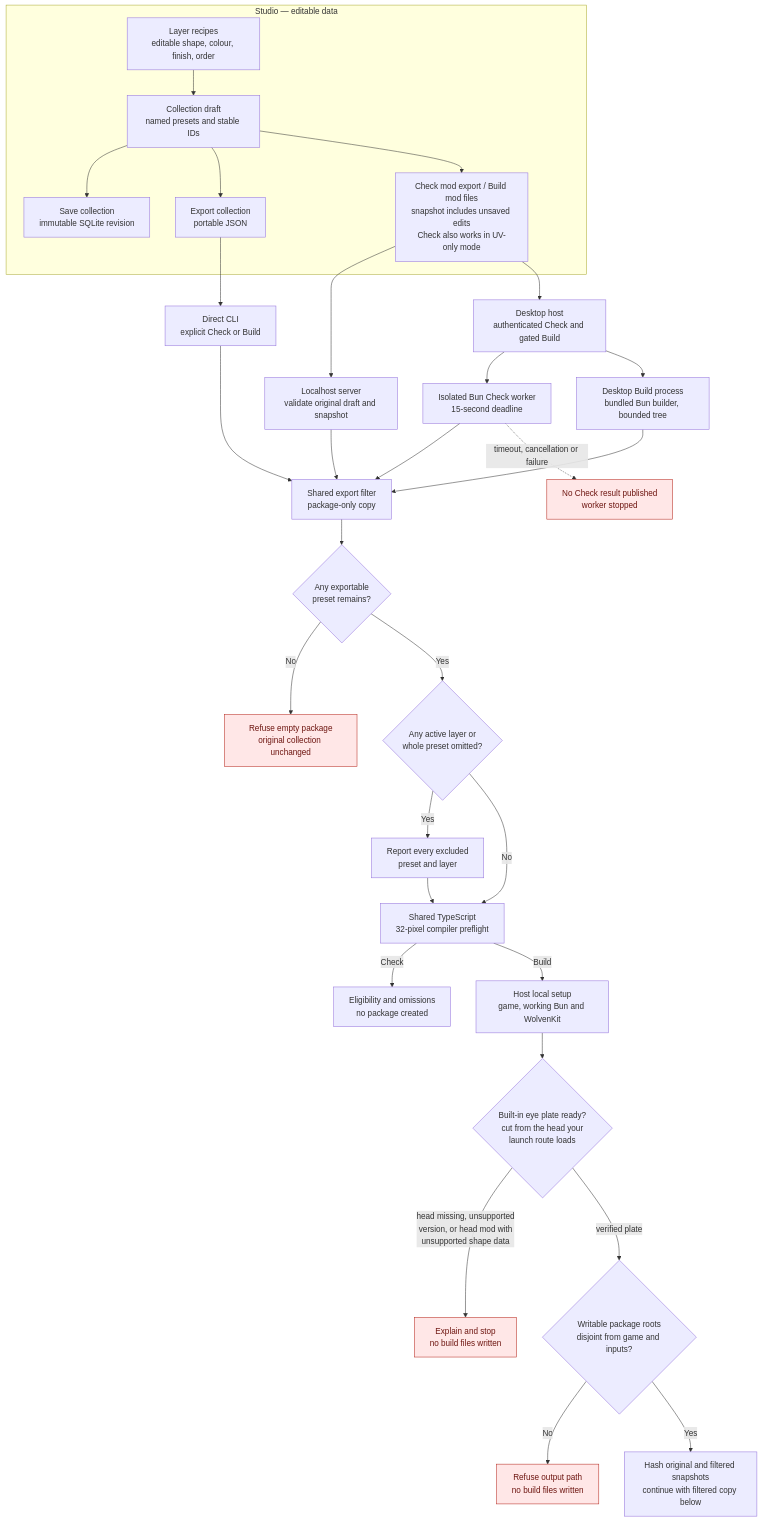
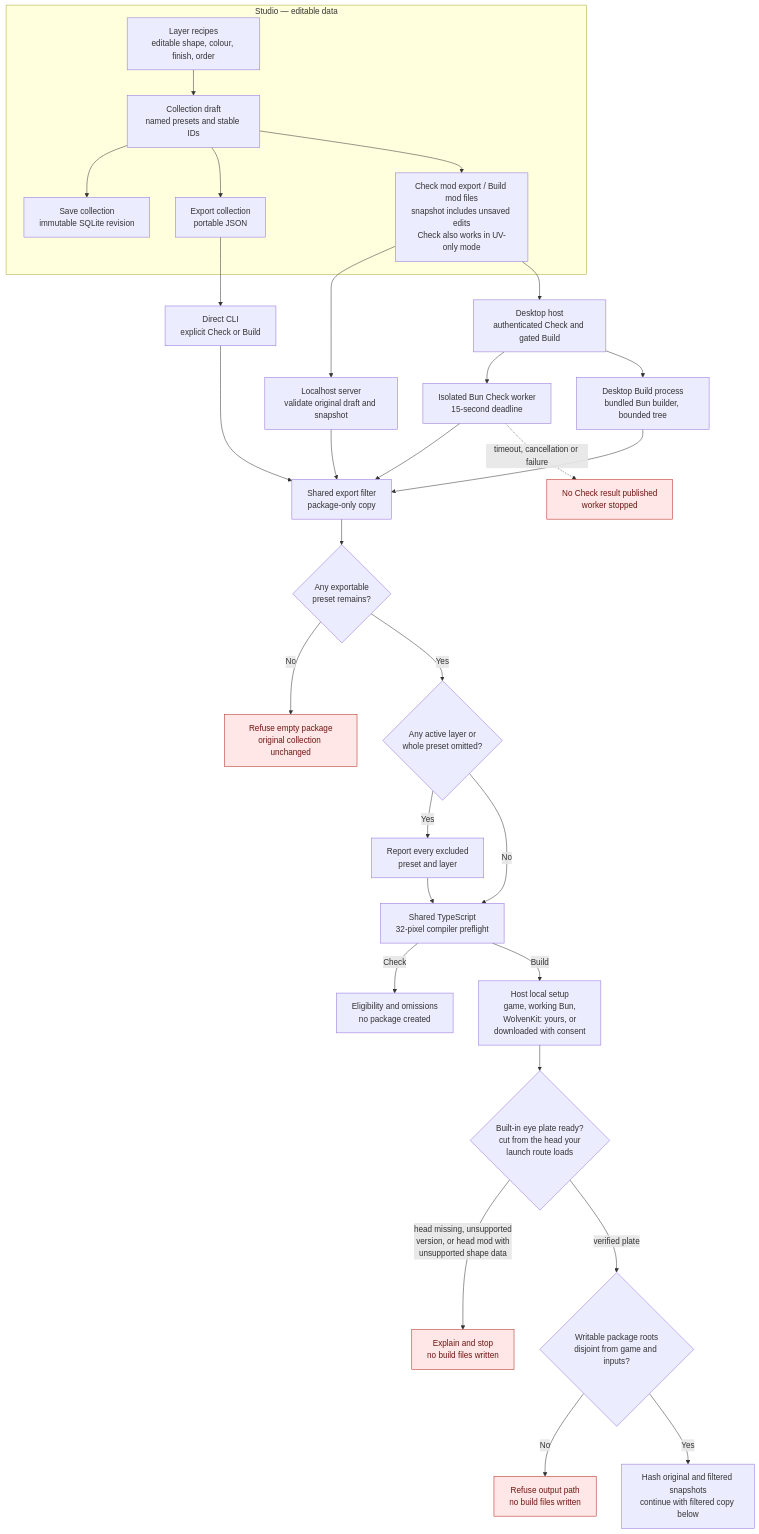
One commit to axefrog/xf-studio changed the first of 3 diagrams in research/authoring/studio-to-mod-pipeline.md. Above: the diagram before and after it, drawn with Mermaid. The commit also changed other lines of this file and 23 other files, not shown here.

First line of the commit message:
Verify WolvenKit on first use end to end; document it

````diff
--- a/research/authoring/studio-to-mod-pipeline.md
+++ b/research/authoring/studio-to-mod-pipeline.md
@@ -11,36 +11,36 @@
 ```mermaid
 flowchart TB
   subgraph editor["Studio — editable data"]
     recipe["Layer recipes<br/>editable shape, colour, finish, order"] --> draft["Collection draft<br/>named presets and stable IDs"]
     draft --> sqlite["Save collection<br/>immutable SQLite revision"]
     draft --> export["Export collection<br/>portable JSON"]
     draft --> ui["Check mod export / Build mod files<br/>snapshot includes unsaved edits<br/>Check also works in UV-only mode"]
   end
 
   ui --> server["Localhost server<br/>validate original draft and snapshot"]
   ui --> desktop["Desktop host<br/>authenticated Check and gated Build"]
   server --> filter["Shared export filter<br/>package-only copy"]
   desktop --> worker["Isolated Bun Check worker<br/>15-second deadline"]
   desktop --> buildWrapper["Desktop Build process<br/>bundled Bun builder, bounded tree"]
   worker --> filter
   buildWrapper --> filter
   worker -. "timeout, cancellation or failure" .-> noresult["No Check result published<br/>worker stopped"]
   export --> cli["Direct CLI<br/>explicit Check or Build"]
   cli --> filter
   filter --> decision{"Any exportable<br/>preset remains?"}
   decision -- No --> reject["Refuse empty package<br/>original collection unchanged"]
   decision -- Yes --> omitted{"Any active layer or<br/>whole preset omitted?"}
   omitted -- Yes --> warn["Report every excluded<br/>preset and layer"]
   omitted -- No --> preflight["Shared TypeScript<br/>32-pixel compiler preflight"]
   warn --> preflight
   preflight -- Check --> ready["Eligibility and omissions<br/>no package created"]
-  preflight -- Build --> setup["Host local setup<br/>game, working Bun and WolvenKit"]
+  preflight -- Build --> setup["Host local setup<br/>game, working Bun,<br/>WolvenKit: yours, or<br/>downloaded with consent"]
   setup --> plate{"Built-in eye plate ready?<br/>cut from the head your<br/>launch route loads"}
   plate -- "head missing, unsupported<br/>version, or head mod with<br/>unsupported shape data" --> noplate["Explain and stop<br/>no build files written"]
   plate -- "verified plate" --> roots{"Writable package roots<br/>disjoint from game and inputs?"}
   roots -- No --> unsafe["Refuse output path<br/>no build files written"]
   roots -- Yes --> snapshot["Hash original and filtered snapshots<br/>continue with filtered copy below"]
 
   classDef blocked fill:#ffe7e7,stroke:#b42318,color:#6e1611;
   class reject,noresult,unsafe,noplate blocked;
 ```
````
